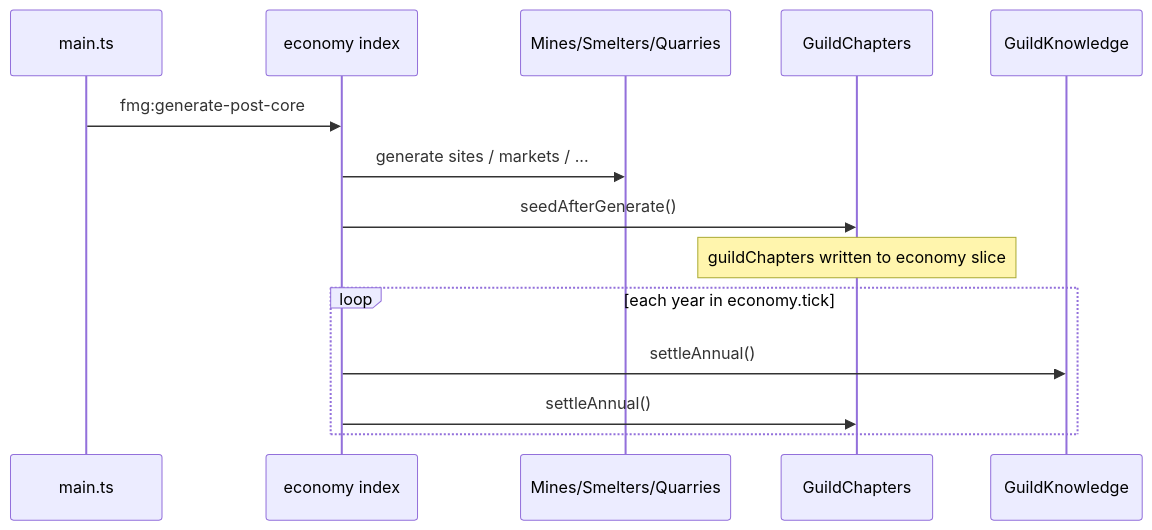
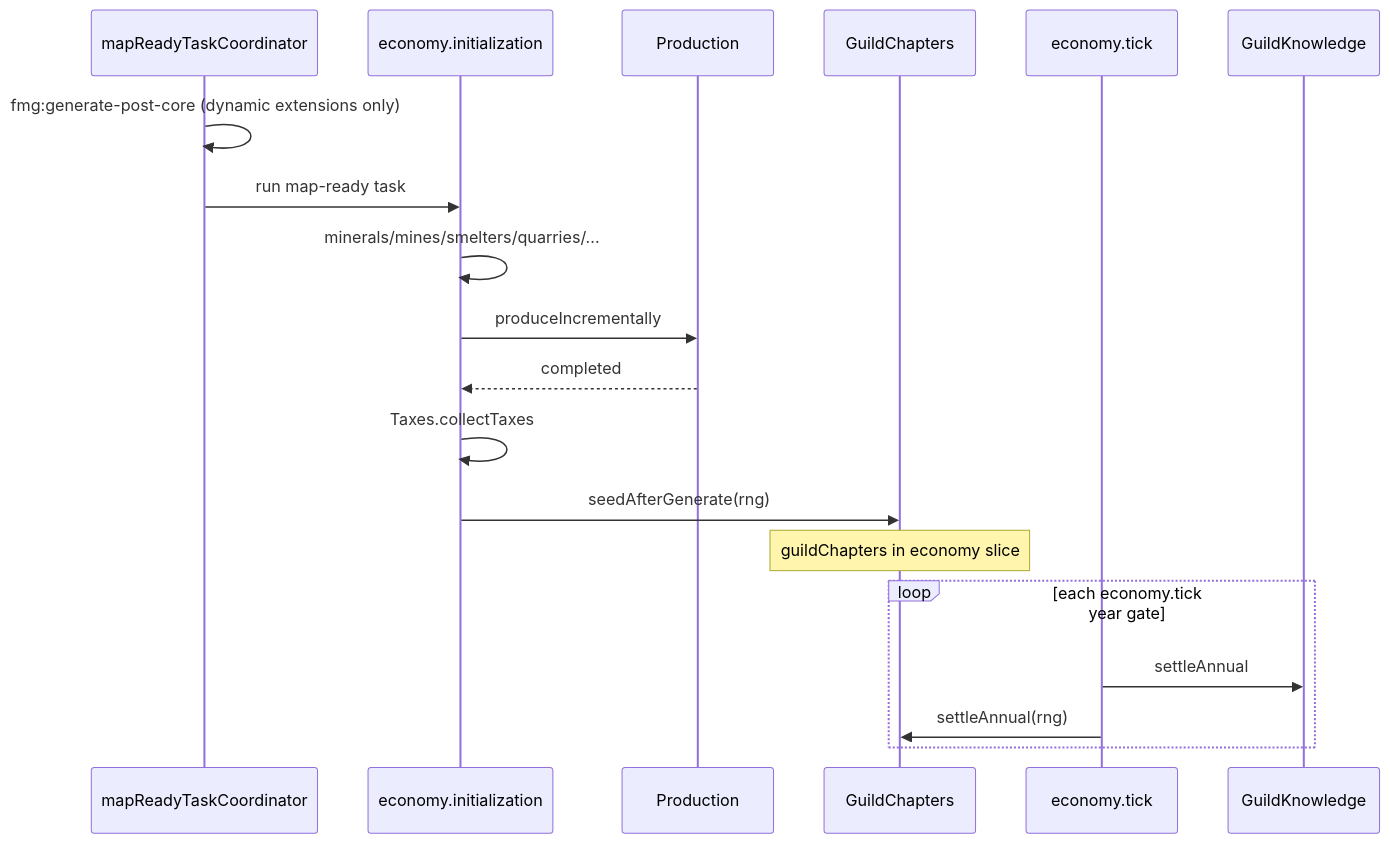
The second of 2 diagrams in docs/plan/guild-city-bases.md (hywork2008/Fantasy-Map-Generator), drawn with Mermaid before and after one commit. The commit also changed other lines of this file and 1 other file, not shown here.

Commit message:
docs: add guild city bases planning document to changelog and project roadmap

````diff
--- a/docs/plan/guild-city-bases.md
+++ b/docs/plan/guild-city-bases.md
@@ -337,18 +492,23 @@
 ```mermaid
 sequenceDiagram
-  participant Host as main.ts
-  participant Eco as economy index
-  participant Sites as Mines/Smelters/Quarries
+  participant Host as mapReadyTaskCoordinator
+  participant Eco as economy.initialization
+  participant Prod as Production
   participant GC as GuildChapters
+  participant Tick as economy.tick
   participant GK as GuildKnowledge
 
-  Host->>Eco: fmg:generate-post-core
-  Eco->>Sites: generate sites / markets / ...
-  Eco->>GC: seedAfterGenerate()
-  Note over GC: guildChapters written to economy slice
+  Host->>Host: fmg:generate-post-core (dynamic extensions only)
+  Host->>Eco: run map-ready task
+  Eco->>Eco: minerals/mines/smelters/quarries/...
+  Eco->>Prod: produceIncrementally
+  Prod-->>Eco: completed
+  Eco->>Eco: Taxes.collectTaxes
+  Eco->>GC: seedAfterGenerate(rng)
+  Note over GC: guildChapters in economy slice
 
-  loop each year in economy.tick
-    Eco->>GK: settleAnnual()
-    Eco->>GC: settleAnnual()
+  loop each economy.tick year gate
+    Tick->>GK: settleAnnual
+    Tick->>GC: settleAnnual(rng)
   end
 ```
````
